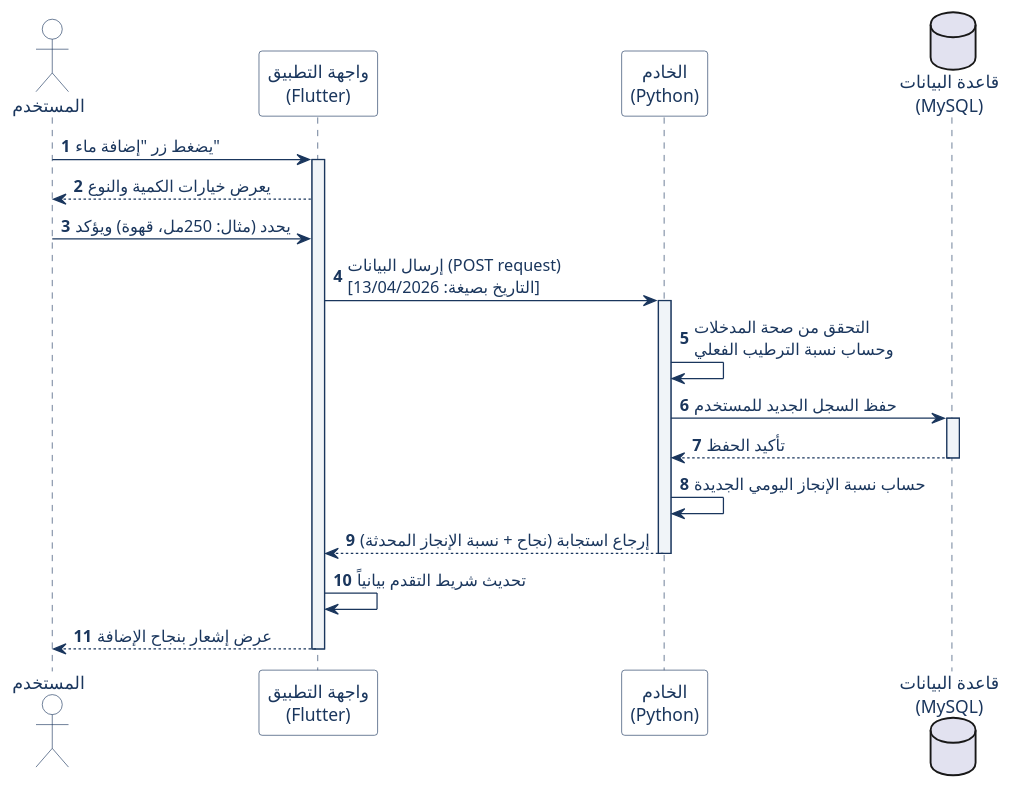
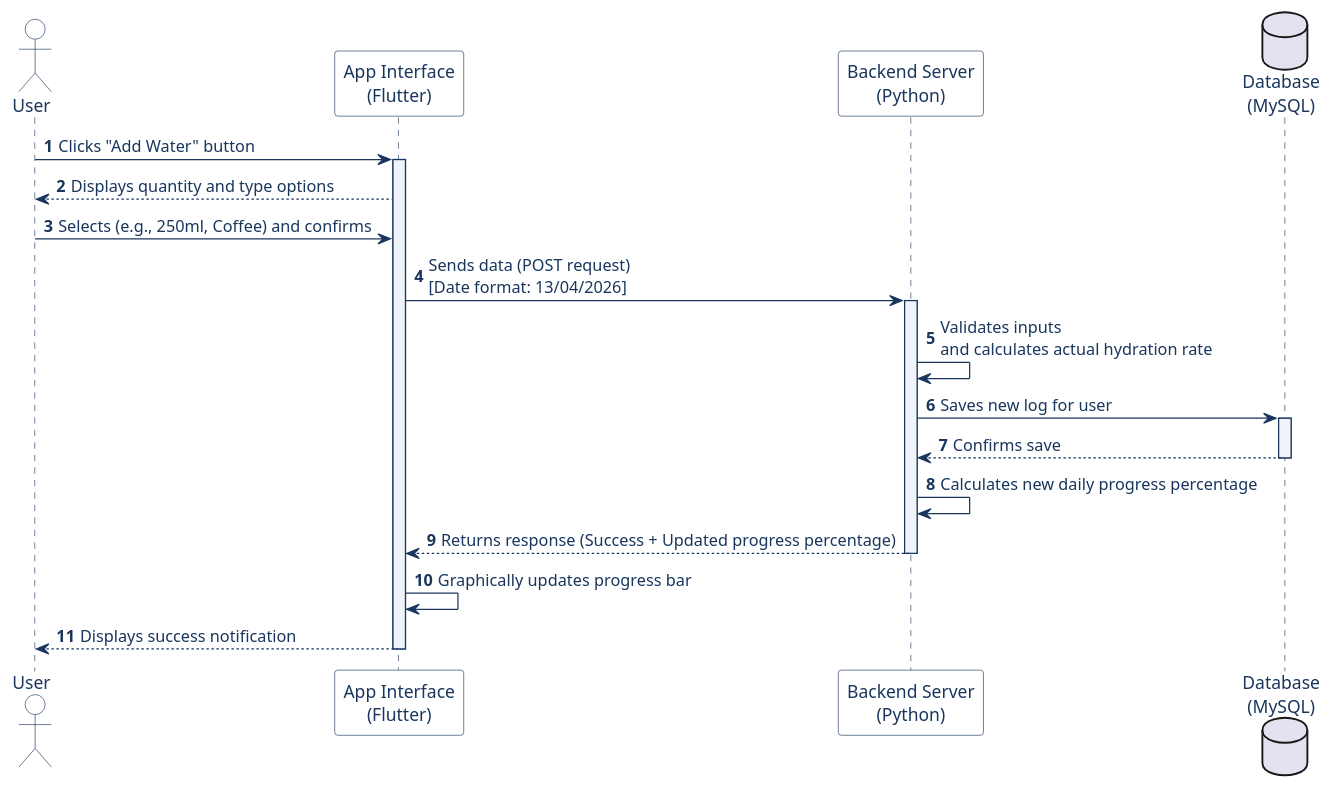
One commit to Malek-essa/semester_project changed the diagram in Diagrams/Sequence/تسجيل كمية الماء.puml. Above: the diagram before and after it, drawn with PlantUML. The commit also changed 9 other files, not shown here.

```diff
--- a/Diagrams/Sequence/تسجيل كمية الماء.puml
+++ b/Diagrams/Sequence/تسجيل كمية الماء.puml
@@ -1,53 +1,53 @@
 @startuml
 skinparam BackgroundColor transparent
 skinparam DefaultFontColor #1A365D
 skinparam DefaultFontName Arial
 skinparam sequence {
     ArrowColor #1A365D
     LifeLineBorderColor #1A365D
     LifeLineBackgroundColor #F0F4F8
     ParticipantBorderColor #1A365D
     ParticipantBackgroundColor #FFFFFF
     ParticipantFontColor #1A365D
     ParticipantFontSize 14
     ParticipantFontWeight bold
     ActorBorderColor #1A365D
     ActorBackgroundColor #FFFFFF
     ActorFontColor #1A365D
     DatabaseBackgroundColor #FFFFFF
     DatabaseBorderColor #1A365D
 }
 
 autonumber
 
-' الترتيب المكاني: المستخدم يساراً والنظام يميناً
-actor "المستخدم" as user
-participant "واجهة التطبيق\n(Flutter)" as ui
-participant "الخادم\n(Python)" as backend
-database "قاعدة البيانات\n(MySQL)" as db
+' Spatial arrangement: User on the left, System on the right
+actor "User" as user
+participant "App Interface\n(Flutter)" as ui
+participant "Backend Server\n(Python)" as backend
+database "Database\n(MySQL)" as db
 
-user -> ui : يضغط زر "إضافة ماء"
+user -> ui : Clicks "Add Water" button
 activate ui
-ui --> user : يعرض خيارات الكمية والنوع
-user -> ui : يحدد (مثال: 250مل، قهوة) ويؤكد
+ui --> user : Displays quantity and type options
+user -> ui : Selects (e.g., 250ml, Coffee) and confirms
 
-ui -> backend : إرسال البيانات (POST request)\n[التاريخ بصيغة: 13/04/2026]
+ui -> backend : Sends data (POST request)\n[Date format: 13/04/2026]
 activate backend
 
-backend -> backend : التحقق من صحة المدخلات\nوحساب نسبة الترطيب الفعلي
+backend -> backend : Validates inputs\nand calculates actual hydration rate
 
-backend -> db : حفظ السجل الجديد للمستخدم
+backend -> db : Saves new log for user
 activate db
-db --> backend : تأكيد الحفظ
+db --> backend : Confirms save
 deactivate db
 
-backend -> backend : حساب نسبة الإنجاز اليومي الجديدة
+backend -> backend : Calculates new daily progress percentage
 
-backend --> ui : إرجاع استجابة (نجاح + نسبة الإنجاز المحدثة)
+backend --> ui : Returns response (Success + Updated progress percentage)
 deactivate backend
 
-ui -> ui : تحديث شريط التقدم بيانياً
-ui --> user : عرض إشعار بنجاح الإضافة
+ui -> ui : Graphically updates progress bar
+ui --> user : Displays success notification
 deactivate ui
 
 @enduml
```
